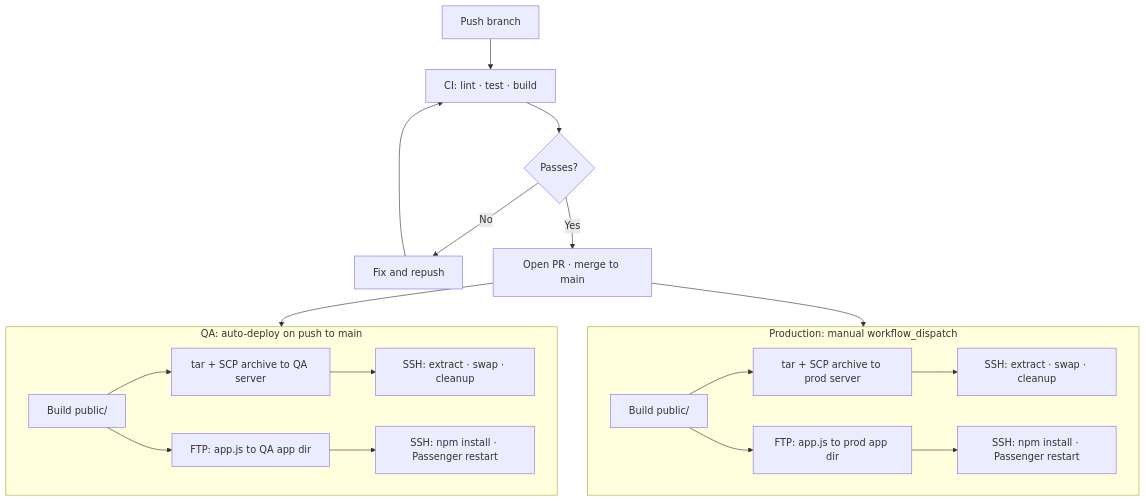
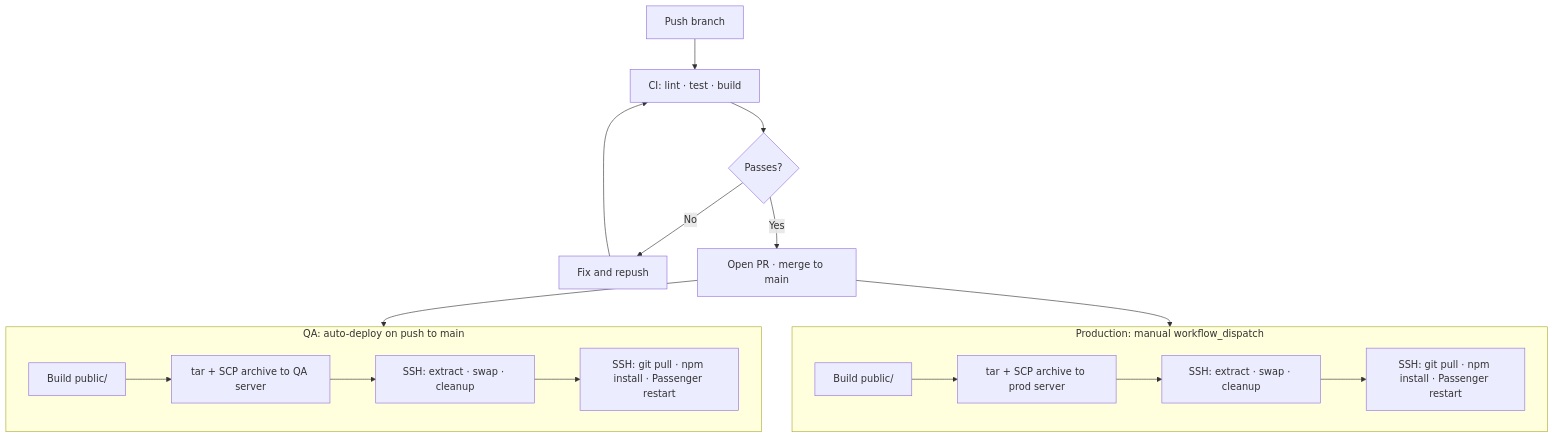
Before and after one commit to moggleif/sbsommar: the diagram in docs/04-OPERATIONS.md, drawn with Mermaid. The commit also changed other lines of this file and 2 other files, not shown here.

First line of the commit message:
docs: document design and traceability for FTP-to-SSH migration

````diff
--- a/docs/04-OPERATIONS.md
+++ b/docs/04-OPERATIONS.md
@@ -115,24 +116,22 @@
 ```mermaid
 flowchart TD
     A[Push branch] --> B[CI: lint · test · build]
     B --> C{Passes?}
     C -- No --> D[Fix and repush]
     D --> B
     C -- Yes --> E[Open PR · merge to main]
     E --> F
     E --> G
 
     subgraph F [QA: auto-deploy on push to main]
         F1[Build public/] --> F2[tar + SCP archive to QA server]
         F2 --> F3[SSH: extract · swap · cleanup]
-        F1 --> F4[FTP: app.js to QA app dir]
-        F4 --> F5[SSH: npm install · Passenger restart]
+        F3 --> F5[SSH: git pull · npm install · Passenger restart]
     end
 
     subgraph G [Production: manual workflow_dispatch]
         G1[Build public/] --> G2[tar + SCP archive to prod server]
         G2 --> G3[SSH: extract · swap · cleanup]
-        G1 --> G4[FTP: app.js to prod app dir]
-        G4 --> G5[SSH: npm install · Passenger restart]
+        G3 --> G5[SSH: git pull · npm install · Passenger restart]
     end
 ```
````
